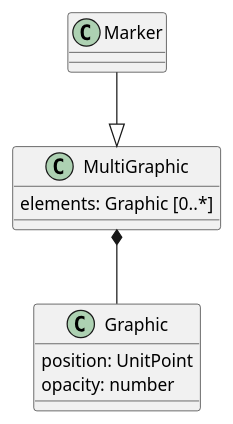
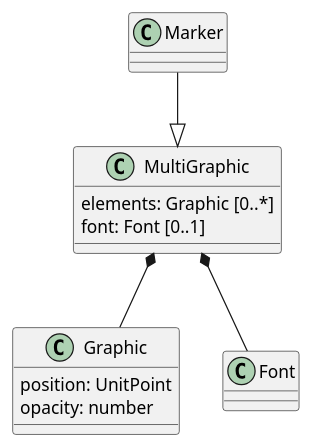
The seventh of 10 diagrams in 1-core/sections/clause_8_vector.adoc (opengeospatial/cartographic-symbology), drawn with PlantUML before and after one commit. The commit also changed other lines of this file and 3 other files, not shown here.

First line of the commit message:
Font inheritance: a font on MultiGraphic and Symbolizer, and em (#100)

```diff
--- a/1-core/sections/clause_8_vector.adoc
+++ b/1-core/sections/clause_8_vector.adoc
@@ -218,12 +221,14 @@
 [plantuml, target=diagram-classes, format=png]
 ....
 @startuml
 Marker --|> MultiGraphic
 
 MultiGraphic : elements: Graphic [0..*]
+MultiGraphic : font: Font [0..1]
 MultiGraphic *-- Graphic
+MultiGraphic *-- Font
 
 Graphic : position: UnitPoint
 Graphic : opacity: number
 @enduml
 ....
```
